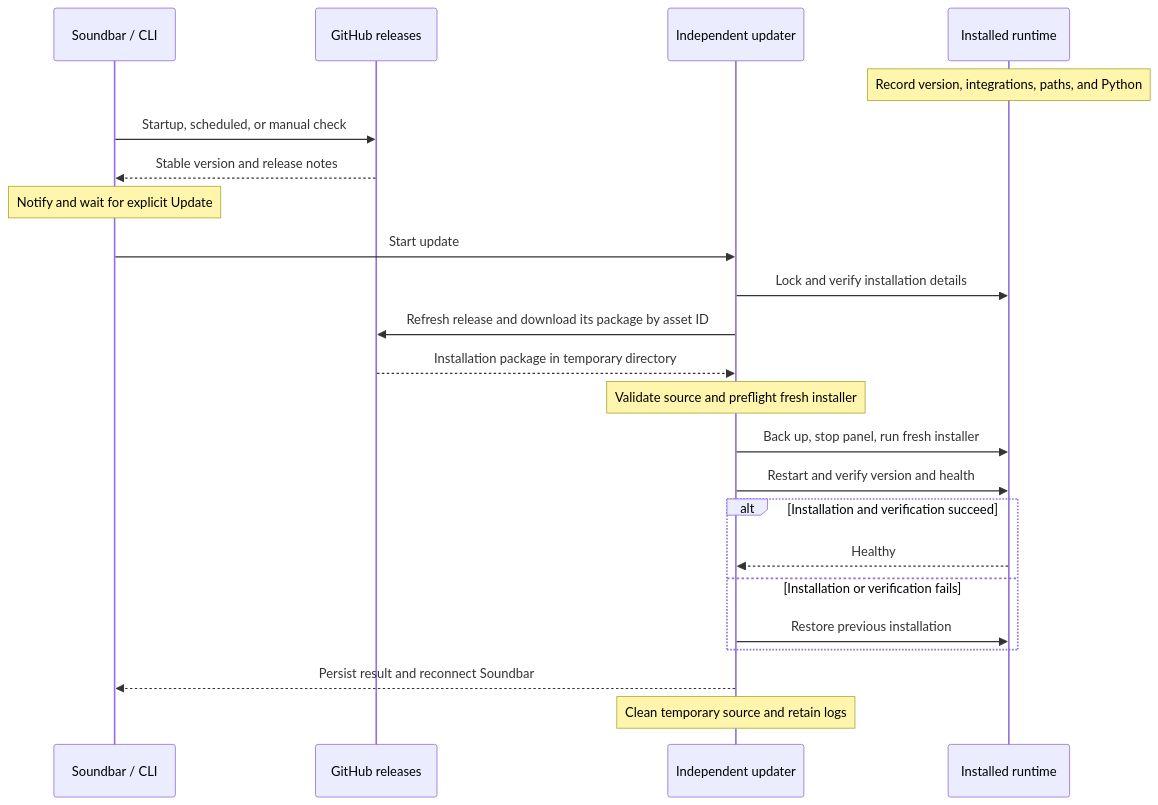
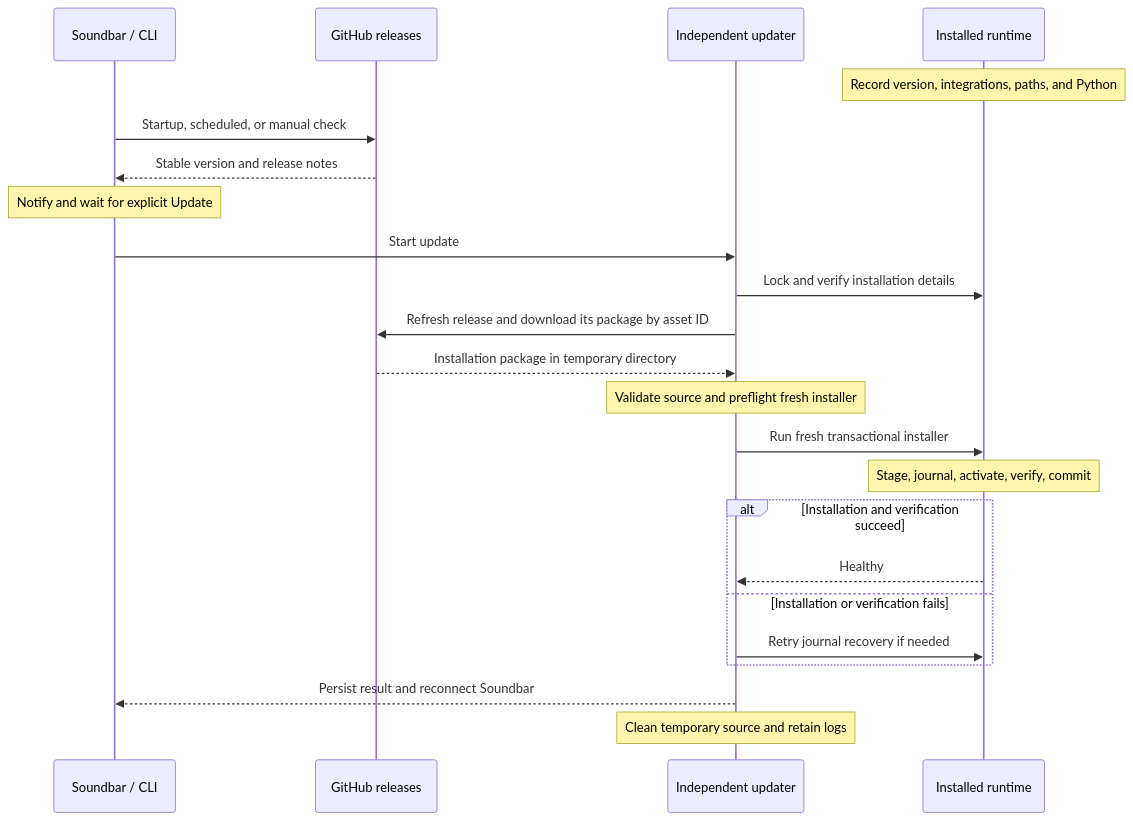
The seventh of 7 diagrams in ARCHITECTURE.md (zorhay/code-gossip), drawn with Mermaid before and after one commit. The commit also changed other lines of this file and 35 other files, not shown here.

````diff
--- a/ARCHITECTURE.md
+++ b/ARCHITECTURE.md
@@ -329,25 +345,25 @@
 ```mermaid
 sequenceDiagram
     participant UI as Soundbar / CLI
     participant GitHub as GitHub releases
     participant Worker as Independent updater
     participant Runtime as Installed runtime
     Note over Runtime: Record version, integrations, paths, and Python
     UI->>GitHub: Startup, scheduled, or manual check
     GitHub-->>UI: Stable version and release notes
     Note over UI: Notify and wait for explicit Update
     UI->>Worker: Start update
     Worker->>Runtime: Lock and verify installation details
     Worker->>GitHub: Refresh release and download its package by asset ID
     GitHub-->>Worker: Installation package in temporary directory
     Note over Worker: Validate source and preflight fresh installer
-    Worker->>Runtime: Back up, stop panel, run fresh installer
-    Worker->>Runtime: Restart and verify version and health
+    Worker->>Runtime: Run fresh transactional installer
+    Note over Runtime: Stage, journal, activate, verify, commit
     alt Installation and verification succeed
         Runtime-->>Worker: Healthy
     else Installation or verification fails
-        Worker->>Runtime: Restore previous installation
+        Worker->>Runtime: Retry journal recovery if needed
     end
     Worker-->>UI: Persist result and reconnect Soundbar
     Note over Worker: Clean temporary source and retain logs
 ```
````
